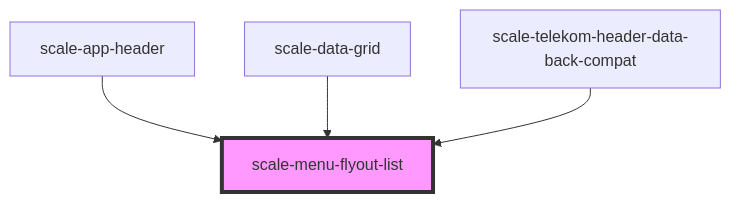
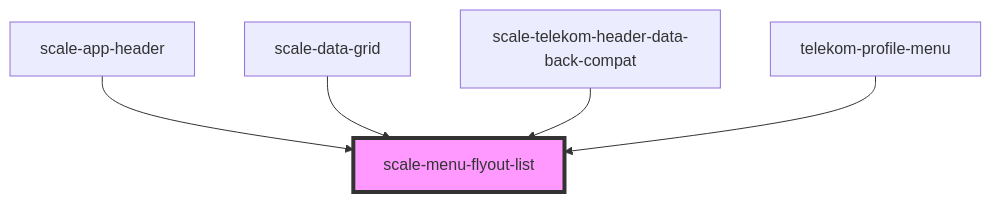
The diagram in packages/components/src/components/menu-flyout-list/readme.md (telekom/scale), drawn with Mermaid before and after one commit. The commit also changed other lines of this file and 33 other files, not shown here.

First line of the commit message:
feat(telekom-profile-menu): WIP (#2208)

````diff
--- a/packages/components/src/components/menu-flyout-list/readme.md
+++ b/packages/components/src/components/menu-flyout-list/readme.md
@@ -80,7 +82,8 @@
 ```mermaid
 graph TD;
   scale-app-header --> scale-menu-flyout-list
   scale-data-grid --> scale-menu-flyout-list
   scale-telekom-header-data-back-compat --> scale-menu-flyout-list
+  telekom-profile-menu --> scale-menu-flyout-list
   style scale-menu-flyout-list fill:#f9f,stroke:#333,stroke-width:4px
 ```
````
